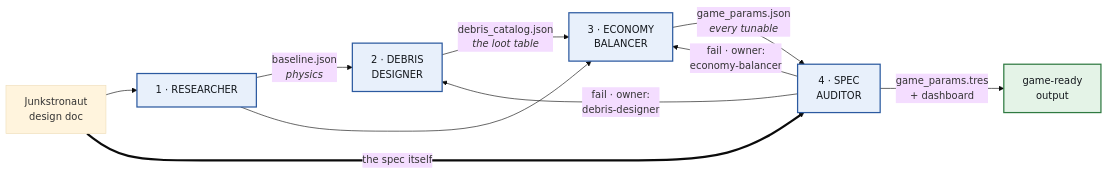
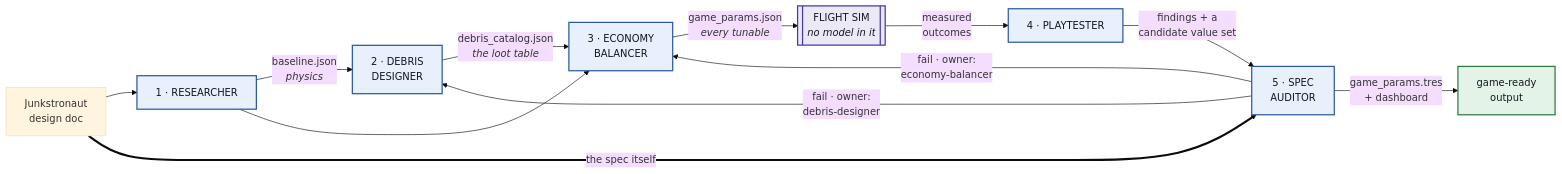
Before and after one commit to Chadleewalker/Junkstronaut: the diagram in crew/README.md, drawn with Mermaid (base theme). The commit also changed other lines of this file and 32 other files, not shown here.

````diff
--- a/crew/README.md
+++ b/crew/README.md
@@ -237,18 +285,22 @@
 ```mermaid
 flowchart LR
   GDD["Junkstronaut<br/>design doc"] --> R["1 · RESEARCHER"]
   R -->|"baseline.json<br/><i>physics</i>"| D["2 · DEBRIS<br/>DESIGNER"]
   D -->|"debris_catalog.json<br/><i>the loot table</i>"| B["3 · ECONOMY<br/>BALANCER"]
   R --> B
-  B -->|"game_params.json<br/><i>every tunable</i>"| A["4 · SPEC<br/>AUDITOR"]
+  B -->|"game_params.json<br/><i>every tunable</i>"| SIM[["FLIGHT SIM<br/><i>no model in it</i>"]]
+  SIM -->|"measured<br/>outcomes"| P["4 · PLAYTESTER"]
+  P -->|"findings + a<br/>candidate value set"| A["5 · SPEC<br/>AUDITOR"]
   GDD ==>|"the spec itself"| A
   A -->|"game_params.tres<br/>+ dashboard"| OUT["game-ready<br/>output"]
 
   A -->|"fail · owner:<br/>economy-balancer"| B
   A -->|"fail · owner:<br/>debris-designer"| D
 
   classDef agent fill:#e8f0fb,stroke:#2c5aa0,stroke-width:2px,color:#14181d
   classDef ship fill:#e4f3e7,stroke:#2f7a41,stroke-width:2px,color:#14181d
-  class R,D,B,A agent
+  classDef sim fill:#ece9f7,stroke:#4a3aa7,stroke-width:2px,color:#14181d
+  class R,D,B,P,A agent
   class OUT ship
+  class SIM sim
 ```
````
